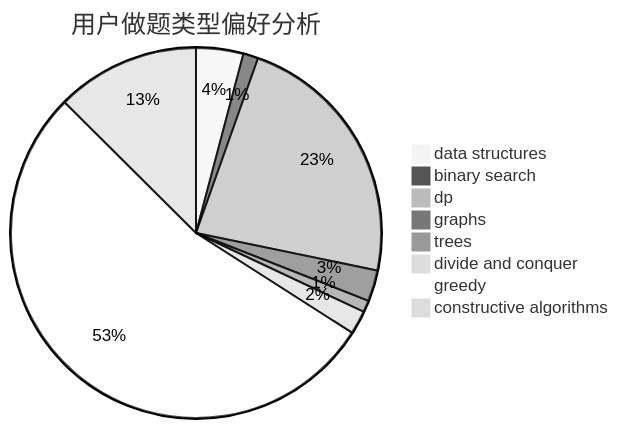
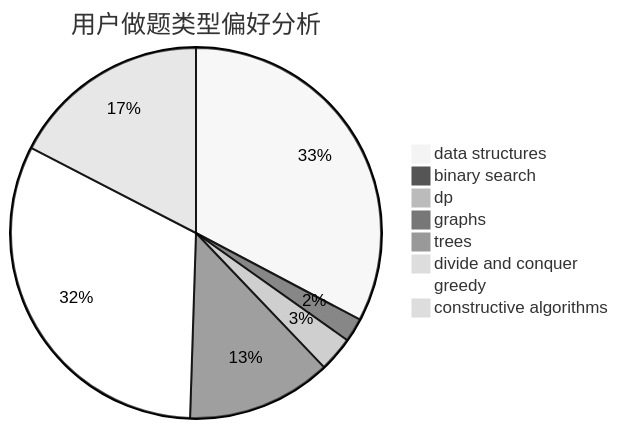
One commit to sherpahu/cfrs.github.io changed the second of 3 diagrams in docs/user/u921.md. Above: the diagram before and after it, drawn with Mermaid (neutral theme). The commit also changed other lines of this file and 2770 other files, not shown here.

````diff
--- a/docs/user/u921.md
+++ b/docs/user/u921.md
@@ -23,11 +23,11 @@
 ```mermaid
 pie title 用户做题类型偏好分析
-    "data structures" :  44
-    "binary search" :  14
-    "dp" :  244
-    "graphs" :  29
-    "trees" :  11
-    "divide and conquer" :  22
-    "greedy" :  571
-    "constructive algorithms" :  134
+    "data structures" :  995
+    "binary search" :  63
+    "dp" :  93
+    "graphs" :  384
+    "trees" :  9
+    "divide and conquer" :  0
+    "greedy" :  975
+    "constructive algorithms" :  529
 ```
````
